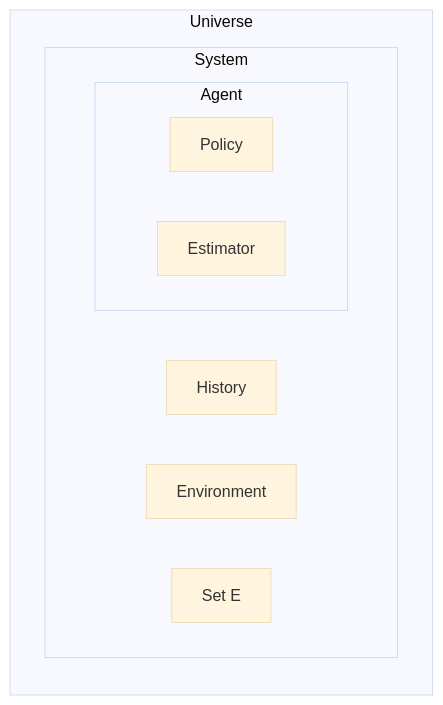
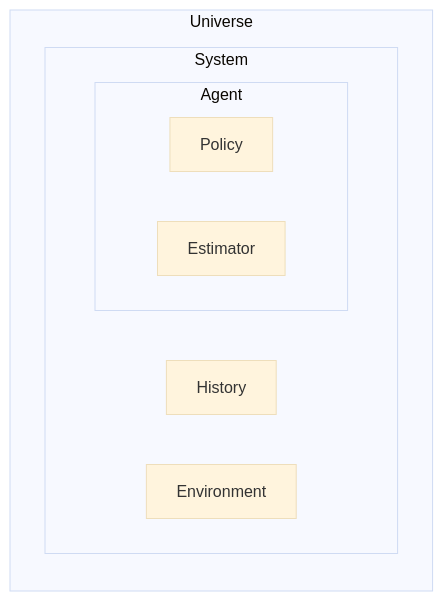
The second of 2 diagrams in README.org (tatsujit/bandit-julia1), drawn with Mermaid (base theme) before and after one commit.

```diff
--- a/README.org
+++ b/README.org
@@ -100,14 +100,13 @@
 #+begin_src mermaid
 flowchart LR
     subgraph Universe
         subgraph System
                  subgraph Agent
                           Policy
                           Estimator
                  end
                  History
                  Environment
-        SetE[Set E]
         end
     end
 #+end_src
```
